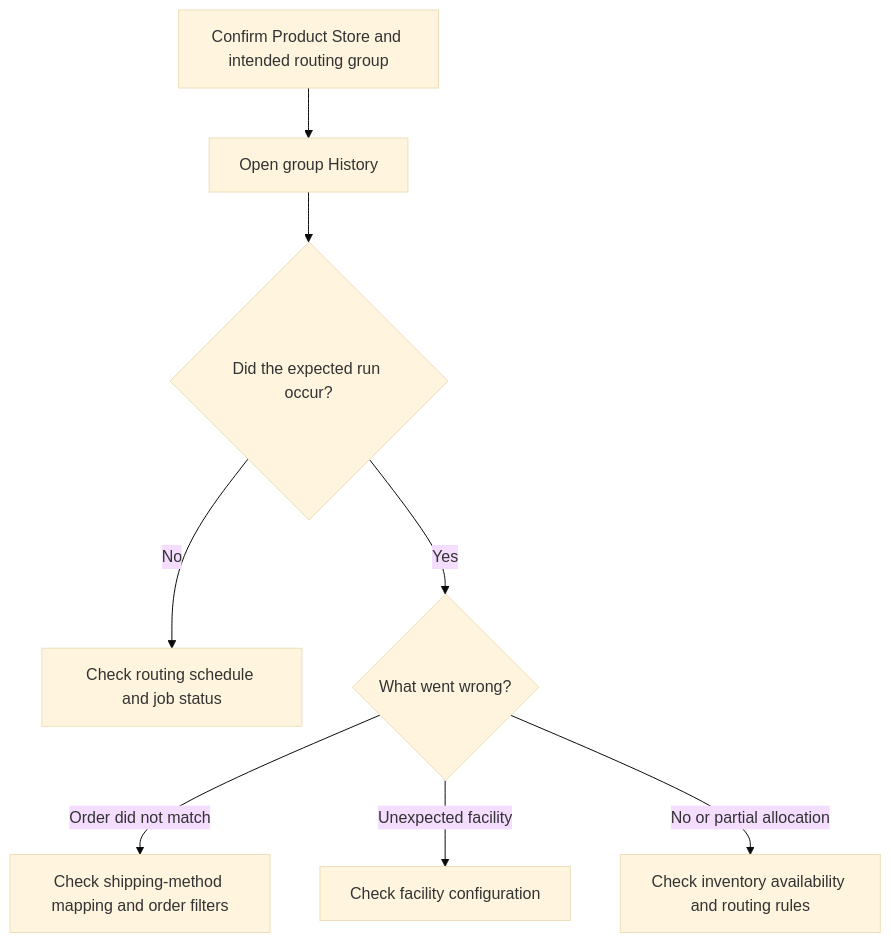
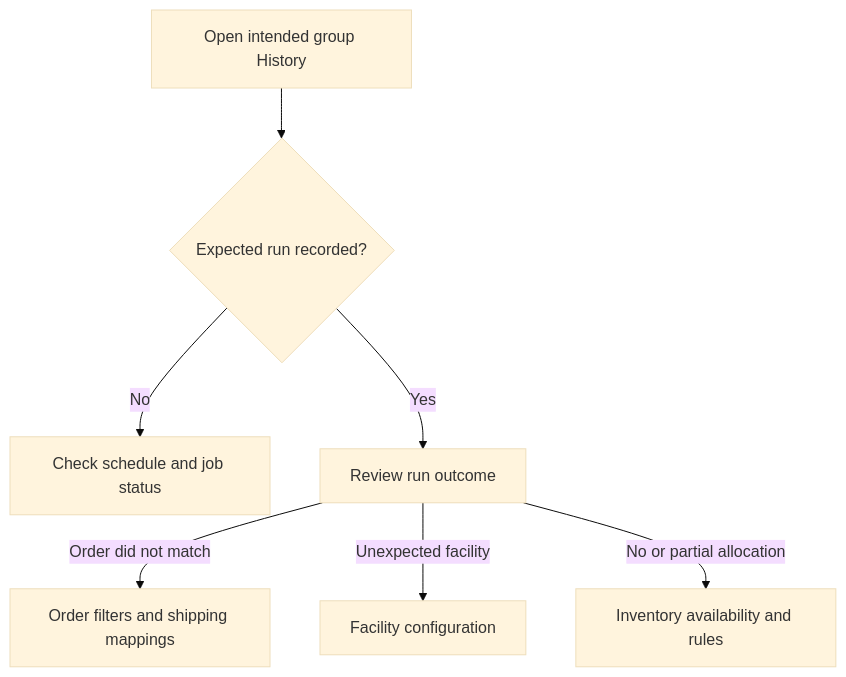
One commit to hotwax/oms-documentation changed the diagram in documents/retail-operations/orders/order-routing/troubleshooting/README.md. Above: the diagram before and after it, drawn with Mermaid (base theme).

Commit message:
docs: make routing troubleshooting diagram easier to scan

````diff
--- a/documents/retail-operations/orders/order-routing/troubleshooting/README.md
+++ b/documents/retail-operations/orders/order-routing/troubleshooting/README.md
@@ -9,12 +9,11 @@
 ```mermaid
 flowchart TD
     accTitle: Choose the right order routing troubleshooting guide
     accDescr: Use routing group history to distinguish a missing run from a completed run. For a completed run, investigate order selection, facility configuration, or inventory according to the observed symptom.
-    A["Confirm Product Store and intended routing group"] --> B["Open group History"]
-    B --> C{"Did the expected run occur?"}
-    C -->|No| D["Check routing schedule and job status"]
-    C -->|Yes| E{"What went wrong?"}
-    E -->|Order did not match| F["Check shipping-method mapping and order filters"]
-    E -->|Unexpected facility| G["Check facility configuration"]
-    E -->|No or partial allocation| H["Check inventory availability and routing rules"]
+    A["Open intended group History"] --> B{"Expected run recorded?"}
+    B -->|No| C["Check schedule and job status"]
+    B -->|Yes| D["Review run outcome"]
+    D -->|Order did not match| E["Order filters and shipping mappings"]
+    D -->|Unexpected facility| F["Facility configuration"]
+    D -->|No or partial allocation| G["Inventory availability and rules"]
 ```
````
